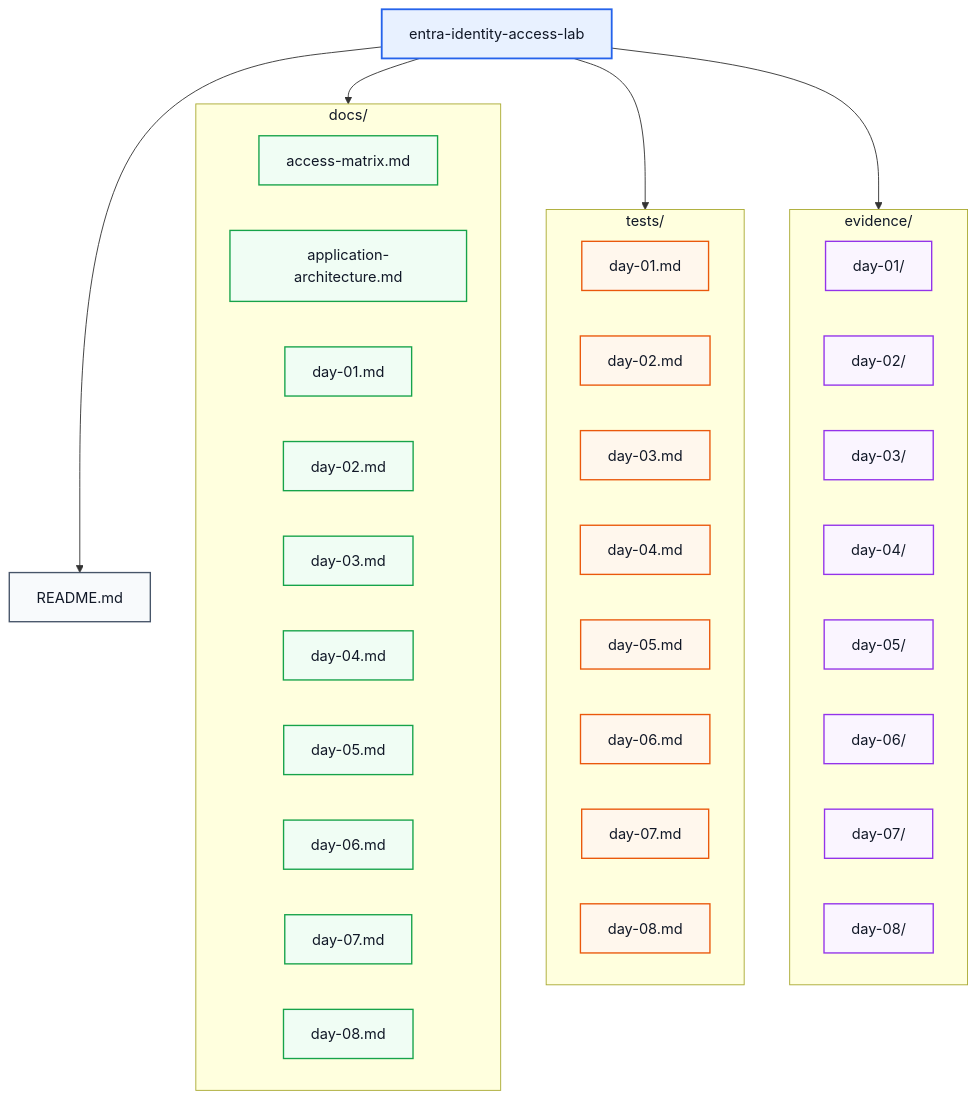
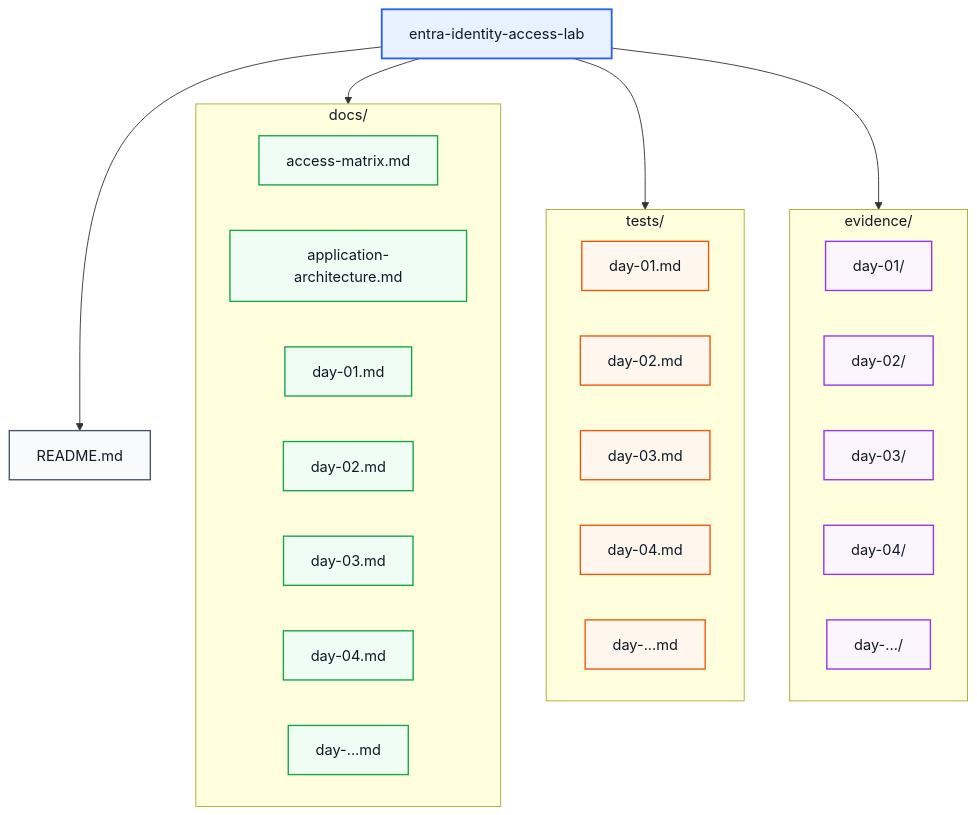
Before and after one commit to krzysztof-szot/entra-identity-access-lab: the second of 2 diagrams in README.md, drawn with Mermaid.

Commit message:
Shorten repository structure diagram

````diff
--- a/README.md
+++ b/README.md
@@ -517,59 +517,50 @@
 ```mermaid
 flowchart TB
 
     ROOT["entra-identity-access-lab"]
 
     README["README.md"]
 
     subgraph DOCS["docs/"]
         ACCESS["access-matrix.md"]
         ARCH["application-architecture.md"]
         D1["day-01.md"]
         D2["day-02.md"]
         D3["day-03.md"]
         D4["day-04.md"]
-        D5["day-05.md"]
-        D6["day-06.md"]
-        D7["day-07.md"]
-        D8["day-08.md"]
+        DX["day-...md"]
     end
 
     subgraph TESTS["tests/"]
         T1["day-01.md"]
         T2["day-02.md"]
         T3["day-03.md"]
         T4["day-04.md"]
-        T5["day-05.md"]
-        T6["day-06.md"]
-        T7["day-07.md"]
-        T8["day-08.md"]
+        TX["day-...md"]
     end
 
     subgraph EVIDENCE["evidence/"]
         E1["day-01/"]
         E2["day-02/"]
         E3["day-03/"]
         E4["day-04/"]
-        E5["day-05/"]
-        E6["day-06/"]
-        E7["day-07/"]
-        E8["day-08/"]
+        EX["day-.../"]
     end
 
     ROOT --> README
     ROOT --> DOCS
     ROOT --> TESTS
     ROOT --> EVIDENCE
 
     classDef root fill:#e8f1ff,stroke:#2563eb,stroke-width:2px,color:#111827;
     classDef readme fill:#f8fafc,stroke:#475569,stroke-width:1.5px,color:#111827;
     classDef docs fill:#f0fdf4,stroke:#16a34a,stroke-width:1.5px,color:#111827;
     classDef tests fill:#fff7ed,stroke:#ea580c,stroke-width:1.5px,color:#111827;
     classDef evidence fill:#faf5ff,stroke:#9333ea,stroke-width:1.5px,color:#111827;
 
     class ROOT root;
     class README readme;
-    class ACCESS,ARCH,D1,D2,D3,D4,D5,D6,D7,D8 docs;
-    class T1,T2,T3,T4,T5,T6,T7,T8 tests;
-    class E1,E2,E3,E4,E5,E6,E7,E8 evidence;
+    class ACCESS,ARCH,D1,D2,D3,D4,DX docs;
+    class T1,T2,T3,T4,TX tests;
+    class E1,E2,E3,E4,EX evidence;
 ```
````
